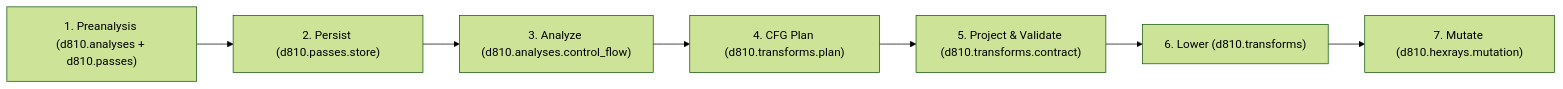
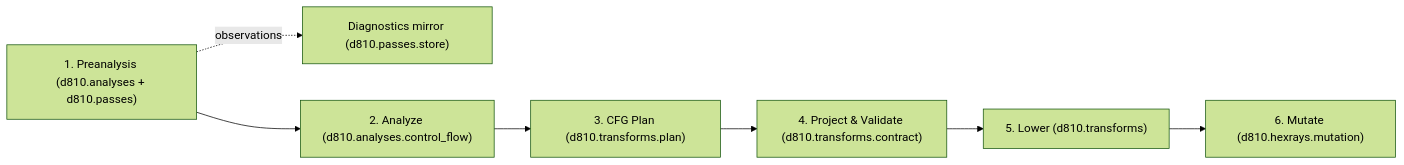
One commit to w00tzenheimer/d810-ng changed the diagram in README.md. Above: the diagram before and after it, drawn with Mermaid (forest theme). The commit also changed other lines of this file, not shown here.

````diff
--- a/README.md
+++ b/README.md
@@ -148,17 +152,17 @@
 ```mermaid
 graph LR
     Preanalysis["1. Preanalysis (d810.analyses + d810.passes)"]
-    Persist["2. Persist (d810.passes.store)"]
-    Analyze["3. Analyze (d810.analyses.control_flow)"]
-    Plan["4. CFG Plan (d810.transforms.plan)"]
-    Project["5. Project & Validate (d810.transforms.contract)"]
-    Lower["6. Lower (d810.transforms)"]
-    Mutate["7. Mutate (d810.hexrays.mutation)"]
+    Diagnostics["Diagnostics mirror (d810.passes.store)"]
+    Analyze["2. Analyze (d810.analyses.control_flow)"]
+    Plan["3. CFG Plan (d810.transforms.plan)"]
+    Project["4. Project & Validate (d810.transforms.contract)"]
+    Lower["5. Lower (d810.transforms)"]
+    Mutate["6. Mutate (d810.hexrays.mutation)"]
 
-    Preanalysis --> Persist
-    Persist --> Analyze
+    Preanalysis --> Analyze
+    Preanalysis -. observations .-> Diagnostics
     Analyze --> Plan
     Plan --> Project
     Project --> Lower
     Lower --> Mutate
 ```
````
